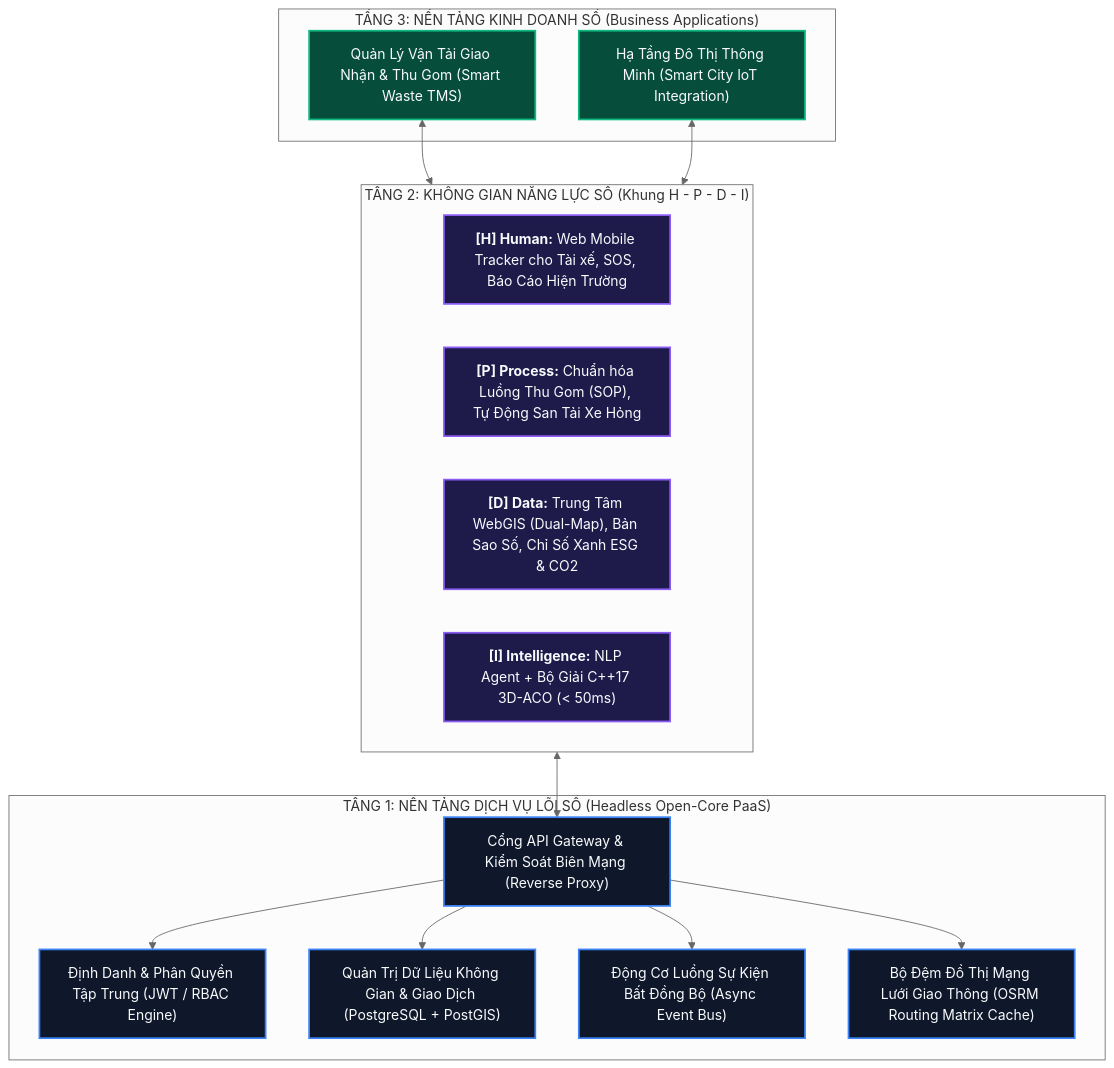
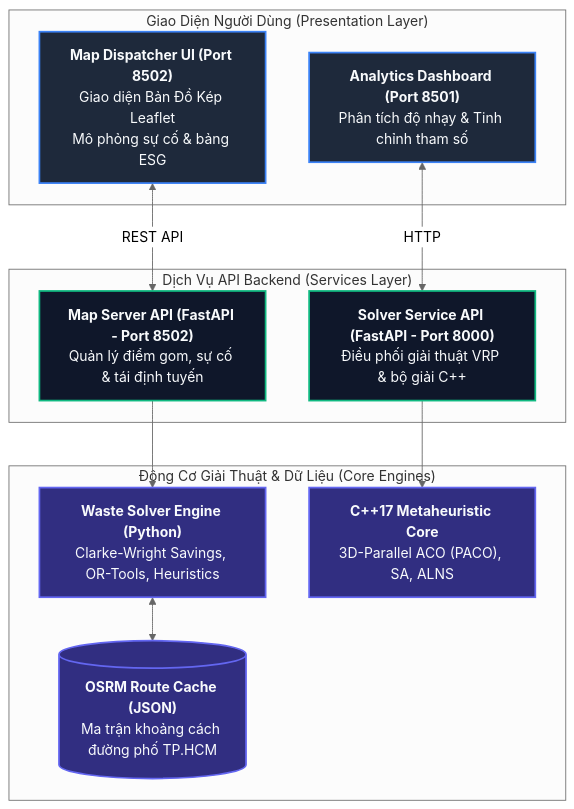
The diagram in docs/ARCHITECTURE.md (congnghip/Olympic), drawn with Mermaid (neutral theme) before and after one commit. The commit also changed other lines of this file and 283 other files, not shown here.

````diff
--- a/docs/ARCHITECTURE.md
+++ b/docs/ARCHITECTURE.md
@@ -9,34 +9,28 @@
 ```mermaid
 flowchart TD
-    classDef t1 fill:#0f172a,stroke:#3b82f6,stroke-width:2px,color:#f8fafc;
-    classDef t2 fill:#1e1b4b,stroke:#8b5cf6,stroke-width:2px,color:#f8fafc;
-    classDef t3 fill:#064e3b,stroke:#10b981,stroke-width:2px,color:#f8fafc;
+    classDef client fill:#1e293b,stroke:#3b82f6,stroke-width:2px,color:#f8fafc;
+    classDef service fill:#0f172a,stroke:#10b981,stroke-width:2px,color:#f8fafc;
+    classDef engine fill:#312e81,stroke:#6366f1,stroke-width:2px,color:#f8fafc;
 
-    subgraph Tier3 ["TẦNG 3: NỀN TẢNG KINH DOANH SỐ (Business Applications)"]
-        TMS["Quản Lý Vận Tải Giao Nhận & Thu Gom (Smart Waste TMS)"]:::t3
-        SmartCity["Hạ Tầng Đô Thị Thông Minh (Smart City IoT Integration)"]:::t3
+    subgraph Presentation ["Giao Diện Người Dùng (Presentation Layer)"]
+        WebGIS["<b>Map Dispatcher UI (Port 8502)</b><br/>Giao diện Bản Đồ Kép Leaflet<br/>Mô phỏng sự cố & bảng ESG"]:::client
+        StreamlitUI["<b>Analytics Dashboard (Port 8501)</b><br/>Phân tích độ nhạy & Tinh chỉnh tham số"]:::client
     end
 
-    subgraph Tier2 ["TẦNG 2: KHÔNG GIAN NĂNG LỰC SỐ (Khung H - P - D - I)"]
-        H_Space["<b>[H] Human:</b> Web Mobile Tracker cho Tài xế, SOS, Báo Cáo Hiện Trường"]:::t2
-        P_Space["<b>[P] Process:</b> Chuẩn hóa Luồng Thu Gom (SOP), Tự Động San Tải Xe Hỏng"]:::t2
-        D_Space["<b>[D] Data:</b> Trung Tâm WebGIS (Dual-Map), Bản Sao Số, Chỉ Số Xanh ESG & CO2"]:::t2
-        I_Space["<b>[I] Intelligence:</b> NLP Agent + Bộ Giải C++17 3D-ACO (< 50ms)"]:::t2
+    subgraph Services ["Dịch Vụ API Backend (Services Layer)"]
+        MapServer["<b>Map Server API (FastAPI - Port 8502)</b><br/>Quản lý điểm gom, sự cố & tái định tuyến"]:::service
+        BackendAPI["<b>Solver Service API (FastAPI - Port 8000)</b><br/>Điều phối giải thuật VRP & bộ giải C++"]:::service
     end
 
-    subgraph Tier1 ["TẦNG 1: NỀN TẢNG DỊCH VỤ LÕI SỐ (Headless Open-Core PaaS)"]
-        Gateway["Cổng API Gateway & Kiểm Soát Biên Mạng (Reverse Proxy)"]:::t1
-        Auth["Định Danh & Phân Quyền Tập Trung (JWT / RBAC Engine)"]:::t1
-        SpatialDB["Quản Trị Dữ Liệu Không Gian & Giao Dịch (PostgreSQL + PostGIS)"]:::t1
-        Workflow["Động Cơ Luồng Sự Kiện Bất Đồng Bộ (Async Event Bus)"]:::t1
-        Cache["Bộ Đệm Đồ Thị Mạng Lưới Giao Thông (OSRM Routing Matrix Cache)"]:::t1
+    subgraph CoreEngines ["Động Cơ Giải Thuật & Dữ Liệu (Core Engines)"]
+        WasteSolver["<b>Waste Solver Engine (Python)</b><br/>Clarke-Wright Savings, OR-Tools, Heuristics"]:::engine
+        CPPSolver["<b>C++17 Metaheuristic Core</b><br/>3D-Parallel ACO (PACO), SA, ALNS"]:::engine
+        OSRM_Cache[("<b>OSRM Route Cache (JSON)</b><br/>Ma trận khoảng cách đường phố TP.HCM")]:::engine
     end
 
-    TMS <--> Tier2
-    SmartCity <--> Tier2
-    Tier2 <--> Gateway
-    Gateway --> Auth
-    Gateway --> SpatialDB
-    Gateway --> Workflow
-    Gateway --> Cache
+    WebGIS <-->|REST API| MapServer
+    StreamlitUI <-->|HTTP| BackendAPI
+    MapServer --> WasteSolver
+    BackendAPI --> CPPSolver
+    WasteSolver <--> OSRM_Cache
 ```
````
